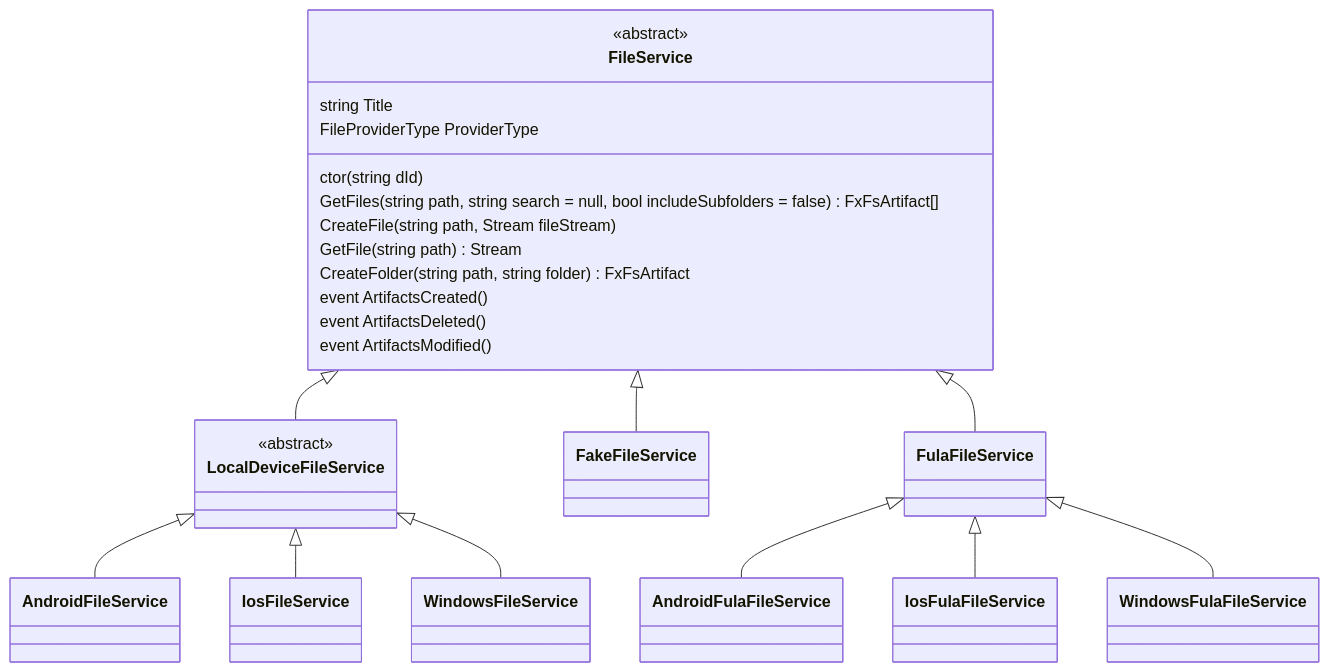
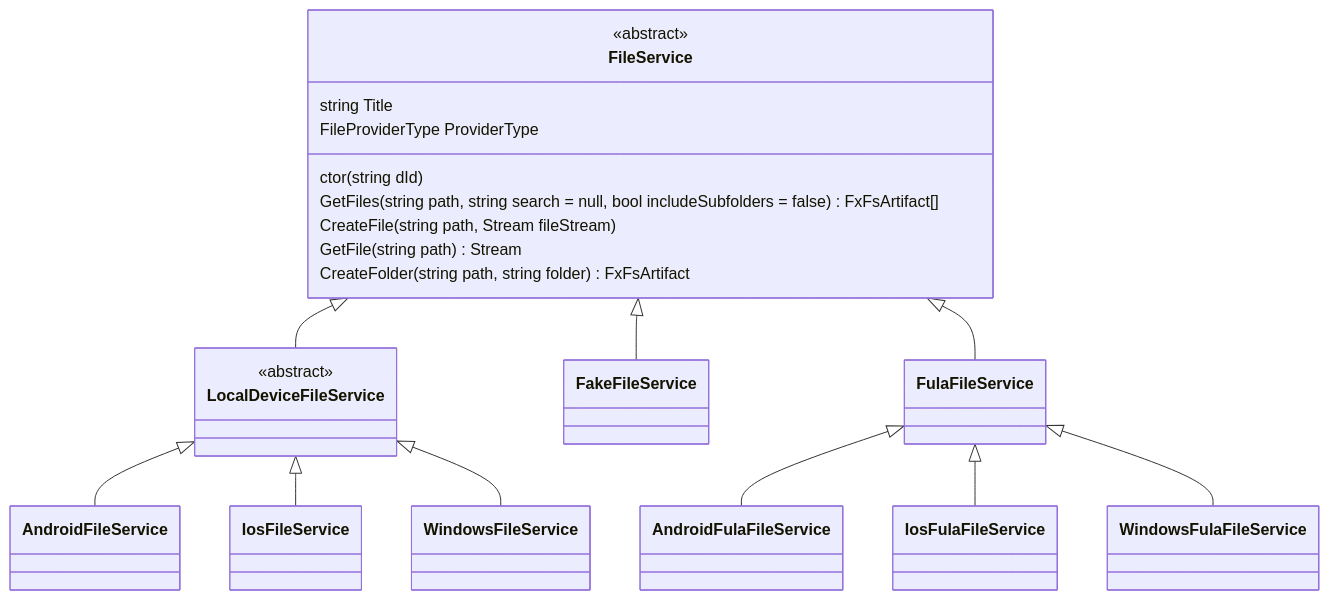
The second of 3 diagrams in docs/class-diagram-overview.md (functionland/fx-files), drawn with Mermaid before and after one commit.

````diff
--- a/docs/class-diagram-overview.md
+++ b/docs/class-diagram-overview.md
@@ -40,32 +40,27 @@
 ```mermaid
 classDiagram
 FileService <|-- LocalDeviceFileService
 LocalDeviceFileService <|-- AndroidFileService
 LocalDeviceFileService <|-- IosFileService
 LocalDeviceFileService <|-- WindowsFileService
 FileService <|-- FakeFileService
 FileService <|-- FulaFileService
 FulaFileService <|-- AndroidFulaFileService
 FulaFileService <|-- IosFulaFileService
 FulaFileService <|-- WindowsFulaFileService
 
 class FileService {
   <<abstract>>
   ctor(string dId)
   string Title
   FileProviderType ProviderType
   GetFiles(string path, string search = null, bool includeSubfolders = false) FxFsArtifact[]
   CreateFile(string path, Stream fileStream)
   GetFile(string path) Stream
   CreateFolder(string path, string folder) FxFsArtifact
-  <<event>>
-  event ArtifactsCreated()
-  event ArtifactsDeleted()
-  event ArtifactsModified()
 }
 
 class LocalDeviceFileService {
   <<abstract>>
-  
 }
 ```
````
